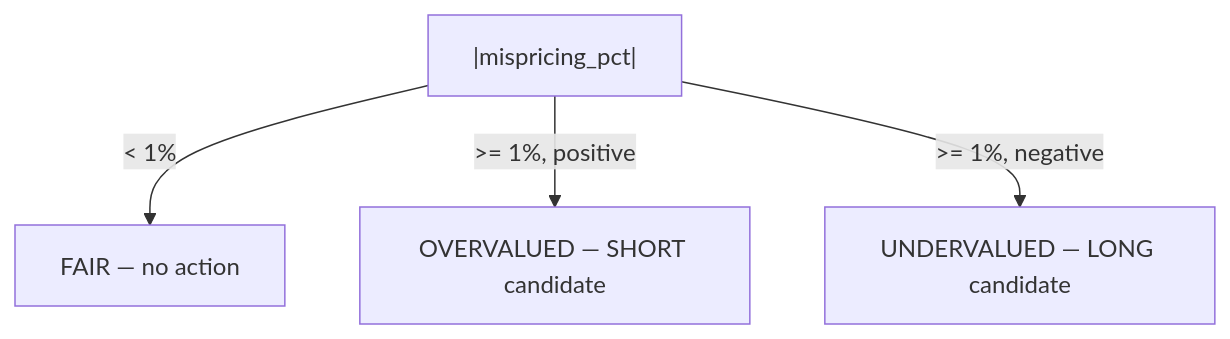
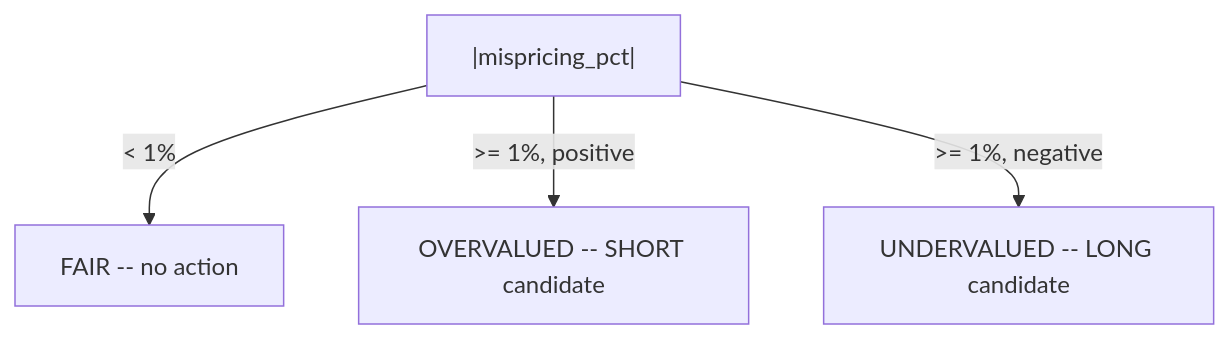
Before and after one commit to vakharwalad23/fair-value-engine: the sixth of 7 diagrams in docs/architecture.md, drawn with Mermaid. The commit also changed other lines of this file and 3 other files, not shown here.

````diff
--- a/docs/architecture.md
+++ b/docs/architecture.md
@@ -174,7 +212,7 @@
 ```mermaid
 graph TD
     MIS["|mispricing_pct|"]
-    MIS -->|"< 1%"| FAIR["FAIR — no action"]
-    MIS -->|">= 1%, positive"| OVER["OVERVALUED — SHORT candidate"]
-    MIS -->|">= 1%, negative"| UNDER["UNDERVALUED — LONG candidate"]
+    MIS -->|"< 1%"| FAIR["FAIR -- no action"]
+    MIS -->|">= 1%, positive"| OVER["OVERVALUED -- SHORT candidate"]
+    MIS -->|">= 1%, negative"| UNDER["UNDERVALUED -- LONG candidate"]
 ```
````
